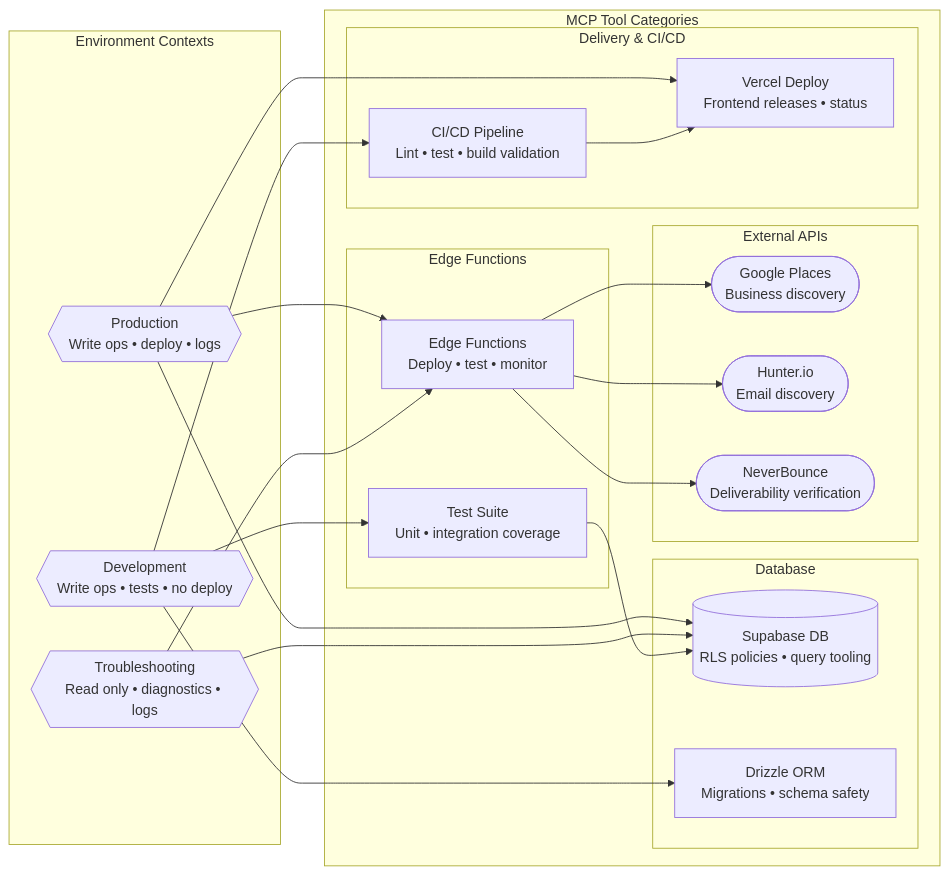
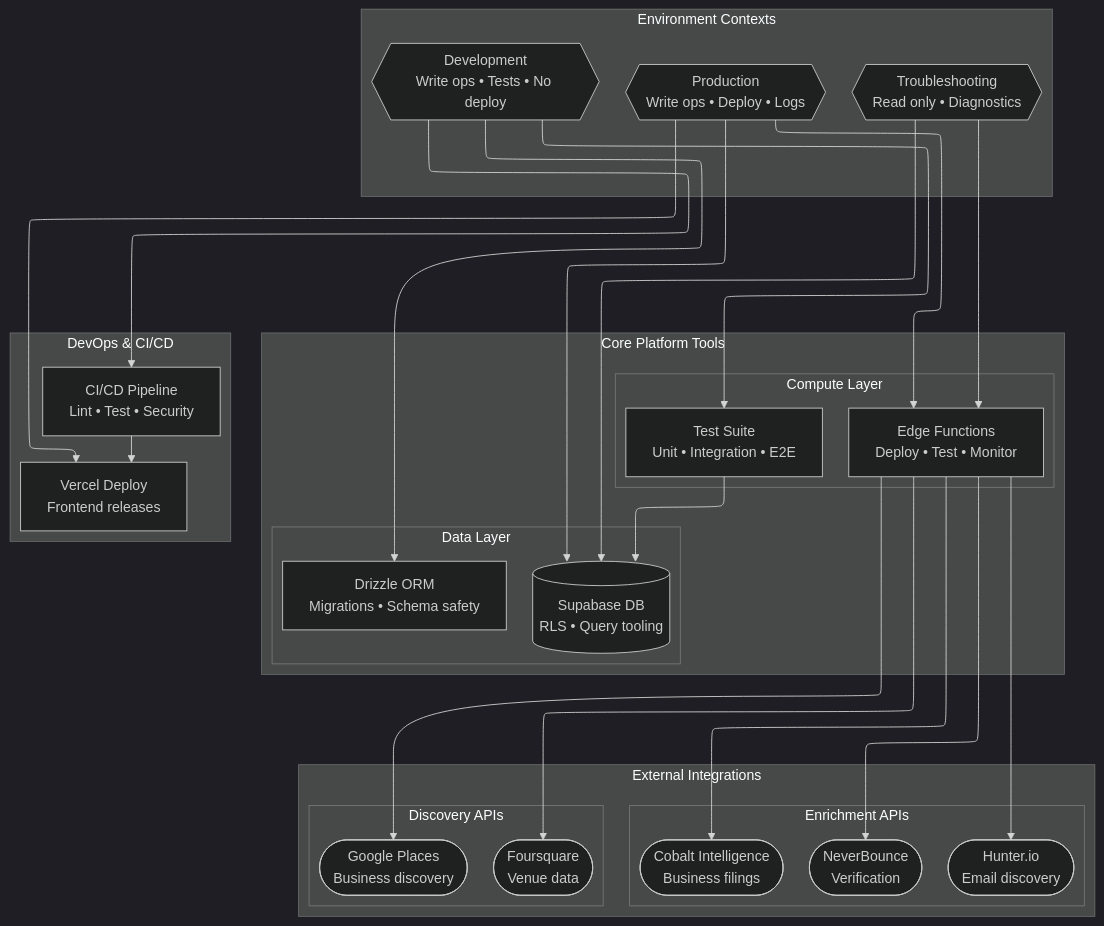
The diagram in docs/diagrams/dev-tools/architecture/environment-mcp.mmd (Alextorelli/ProspectPro), drawn with Mermaid before and after one commit. The commit also changed 2 other files, not shown here.

Commit message:
feat: Refactor Mermaid diagrams for agent modes and environment contexts to improve clarity and structure

```diff
--- a/docs/diagrams/dev-tools/architecture/environment-mcp.mmd
+++ b/docs/diagrams/dev-tools/architecture/environment-mcp.mmd
@@ -1,48 +1,58 @@
-%%{init: { 'config': 'docs/shared/mermaid/config/mermaid.config.json', 'flowchart': { 'elk': { 'elk.direction': 'RIGHT' } } }}%%
+%%{init: { 'theme': 'dark', 'flowchart': { 'defaultRenderer': 'elk', 'elk': { 'algorithm': 'layered', 'direction': 'DOWN', 'spacing.nodeNode': '50' }}}}%%
 %% index: [docs/tooling/end-state/index.md] %%
-flowchart LR
+flowchart TD
     subgraph Environments["Environment Contexts"]
-        Production{{"Production\nWrite ops • deploy • logs"}}
-        Development{{"Development\nWrite ops • tests • no deploy"}}
-        Troubleshooting{{"Troubleshooting\nRead only • diagnostics • logs"}}
+        Production{{"Production<br/>Write ops • Deploy • Logs"}}
+        Development{{"Development<br/>Write ops • Tests • No deploy"}}
+        Troubleshooting{{"Troubleshooting<br/>Read only • Diagnostics"}}
     end
 
-    subgraph MCP_Tools["MCP Tool Categories"]
-        subgraph Database["Database"]
-            SupabaseDB[("Supabase DB\nRLS policies • query tooling")]
-            DrizzleORM["Drizzle ORM\nMigrations • schema safety"]
+    subgraph Platform["Core Platform Tools"]
+        subgraph DataLayer["Data Layer"]
+            SupabaseDB[("Supabase DB<br/>RLS • Query tooling")]
+            DrizzleORM["Drizzle ORM<br/>Migrations • Schema safety"]
         end
 
-        subgraph Functions["Edge Functions"]
-            EdgeFunctions["Edge Functions\nDeploy • test • monitor"]
-            TestSuite["Test Suite\nUnit • integration coverage"]
+        subgraph ComputeLayer["Compute Layer"]
+            EdgeFunctions["Edge Functions<br/>Deploy • Test • Monitor"]
+            TestSuite["Test Suite<br/>Unit • Integration • E2E"]
         end
+    end
 
-        subgraph External_APIs["External APIs"]
-            GooglePlaces(["Google Places\nBusiness discovery"])
-            HunterIO(["Hunter.io\nEmail discovery"])
-            NeverBounce(["NeverBounce\nDeliverability verification"])
+    subgraph Integrations["External Integrations"]
+        subgraph Discovery["Discovery APIs"]
+            GooglePlaces(["Google Places<br/>Business discovery"])
+            Foursquare(["Foursquare<br/>Venue data"])
         end
+        
+        subgraph Enrichment["Enrichment APIs"]
+            HunterIO(["Hunter.io<br/>Email discovery"])
+            NeverBounce(["NeverBounce<br/>Verification"])
+            CobaltIntel(["Cobalt Intelligence<br/>Business filings"])
+        end
+    end
 
-        subgraph DevOps["Delivery & CI/CD"]
-            CICDPipeline["CI/CD Pipeline\nLint • test • build validation"]
-            VercelDeploy["Vercel Deploy\nFrontend releases • status"]
-        end
+    subgraph DevOps["DevOps & CI/CD"]
+        CICDPipeline["CI/CD Pipeline<br/>Lint • Test • Security"]
+        VercelDeploy["Vercel Deploy<br/>Frontend releases"]
     end
 
     Production --> SupabaseDB
     Production --> EdgeFunctions
     Production --> VercelDeploy
 
     Development --> DrizzleORM
     Development --> TestSuite
     Development --> CICDPipeline
 
     Troubleshooting --> SupabaseDB
     Troubleshooting --> EdgeFunctions
 
     EdgeFunctions --> GooglePlaces
+    EdgeFunctions --> Foursquare
     EdgeFunctions --> HunterIO
     EdgeFunctions --> NeverBounce
+    EdgeFunctions --> CobaltIntel
+    
     TestSuite --> SupabaseDB
     CICDPipeline --> VercelDeploy
```
